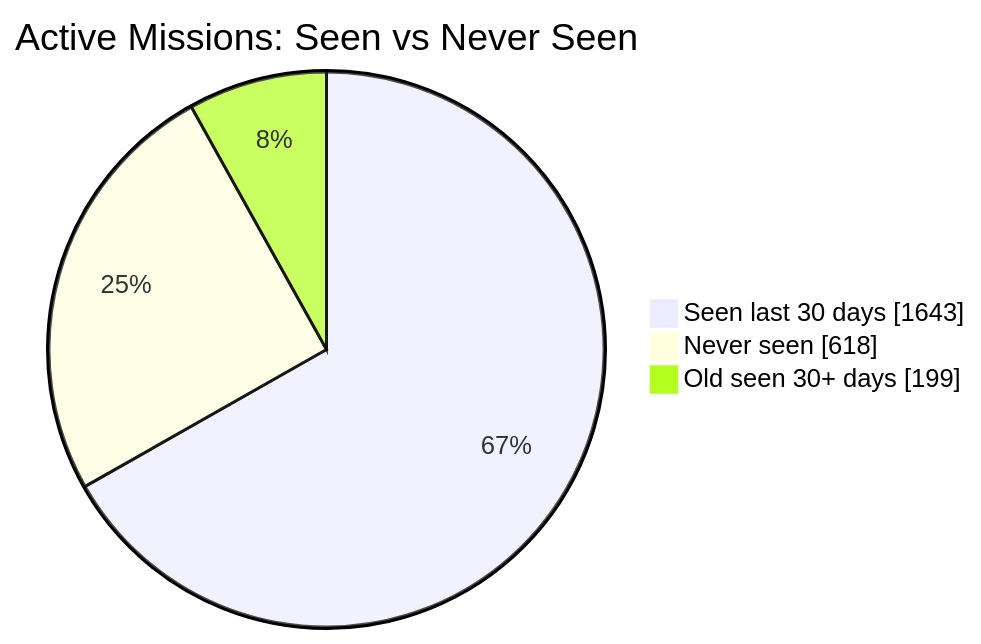
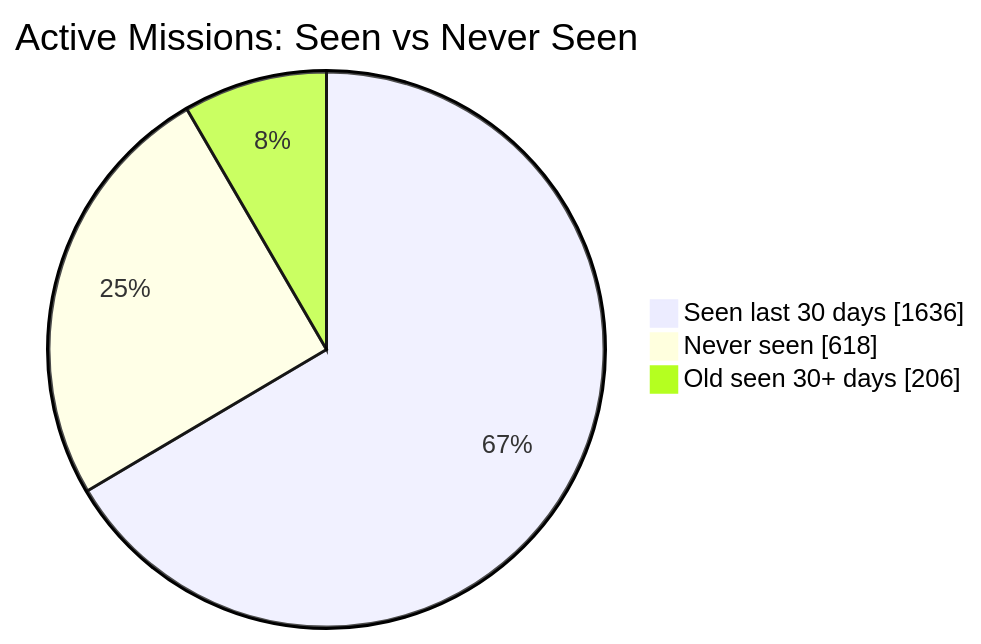
The first of 2 diagrams in README.md (MeldkamerspelGameTeam/active-missions), drawn with Mermaid before and after one commit. The commit also changed other lines of this file and 3 other files, not shown here.

````diff
--- a/README.md
+++ b/README.md
@@ -34,7 +34,7 @@
 ```mermaid
 pie showData
     title Active Missions: Seen vs Never Seen
-    "Seen last 30 days" : 1643
+    "Seen last 30 days" : 1636
     "Never seen" : 618
-    "Old seen 30+ days" : 199
+    "Old seen 30+ days" : 206
 ```
````
